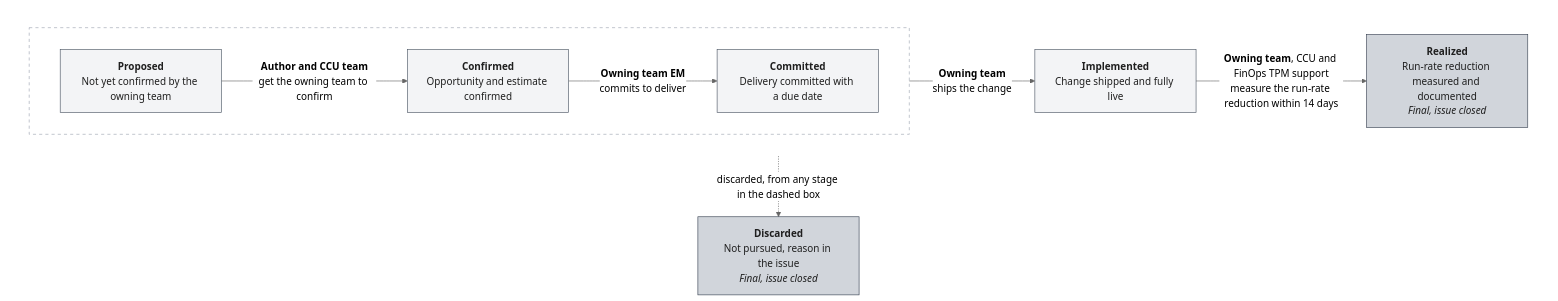
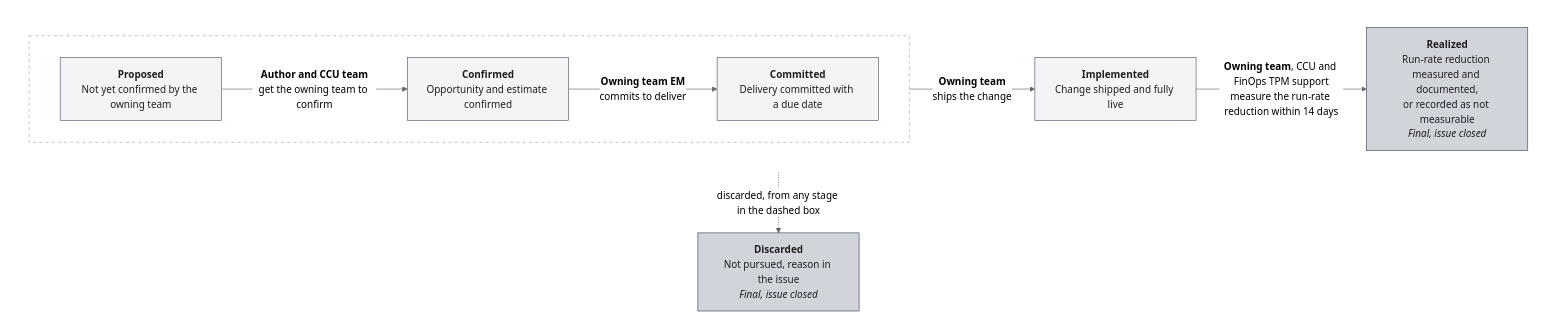
One commit to kyama0/gitlab-handbook-ja changed the diagram in content/handbook/engineering/infrastructure-platforms/production-engineering/cloud-cost-utilization/opportunities.md. Above: the diagram before and after it, drawn with Mermaid (neutral theme). The commit also changed other lines of this file and 47 other files, not shown here.

````diff
--- a/content/handbook/engineering/infrastructure-platforms/production-engineering/cloud-cost-utilization/opportunities.md
+++ b/content/handbook/engineering/infrastructure-platforms/production-engineering/cloud-cost-utilization/opportunities.md
@@ -95,31 +95,31 @@
 ```mermaid
 flowchart TD
   P["<b>Proposed</b><br/>Not yet confirmed by the owning team"]
   C["<b>Confirmed</b><br/>Opportunity and estimate confirmed"]
   CM["<b>Committed</b><br/>Delivery committed with a due date"]
   IM["<b>Implemented</b><br/>Change shipped and fully live"]
-  R["<b>Realized</b><br/>Run-rate reduction measured and documented<br/><i>Final, issue closed</i>"]
+  R["<b>Realized</b><br/>Run-rate reduction measured and documented,<br/>or recorded as not measurable<br/><i>Final, issue closed</i>"]
   DS["<b>Discarded</b><br/>Not pursued, reason in the issue<br/><i>Final, issue closed</i>"]
   subgraph main[" "]
     direction LR
     subgraph pre[" "]
       direction LR
       P
       C
       CM
     end
     IM
     R
   end
   P -->|"<b>Author and CCU team</b><br/>get the owning team to confirm"| C
   C -->|"<b>Owning team EM</b><br/>commits to deliver"| CM
   CM -->|"<b>Owning team</b><br/>ships the change"| IM
   IM -->|"<b>Owning team</b>, CCU and FinOps TPM support<br/>measure the run-rate reduction within 14 days"| R
   pre -.->|"discarded, from any stage in the dashed box"| DS
   classDef state fill:#f3f4f6,stroke:#4b5563,color:#1f1f1f
   classDef final fill:#d1d5db,stroke:#374151,color:#1f1f1f
   class P,C,CM,IM state
   class R,DS final
   style main fill:none,stroke:none
   style pre fill:none,stroke:#9ca3af,stroke-dasharray:5 5
 ```
````
